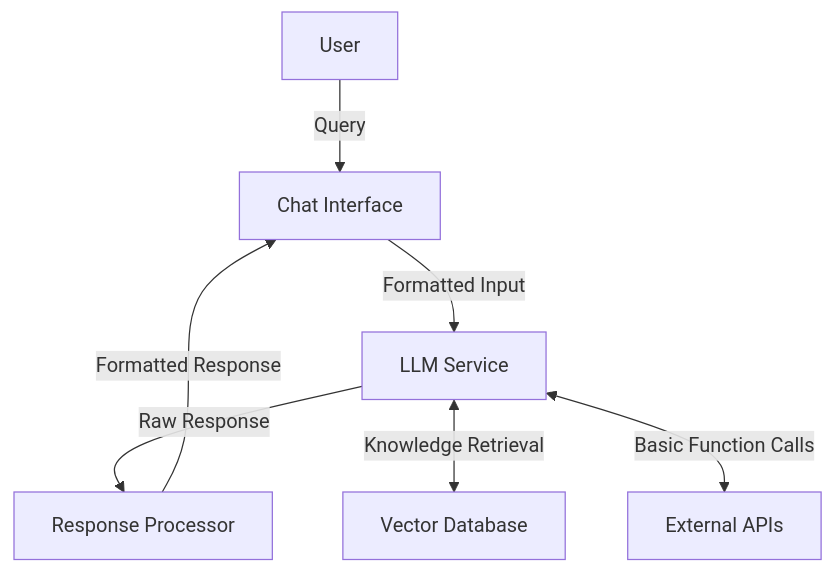
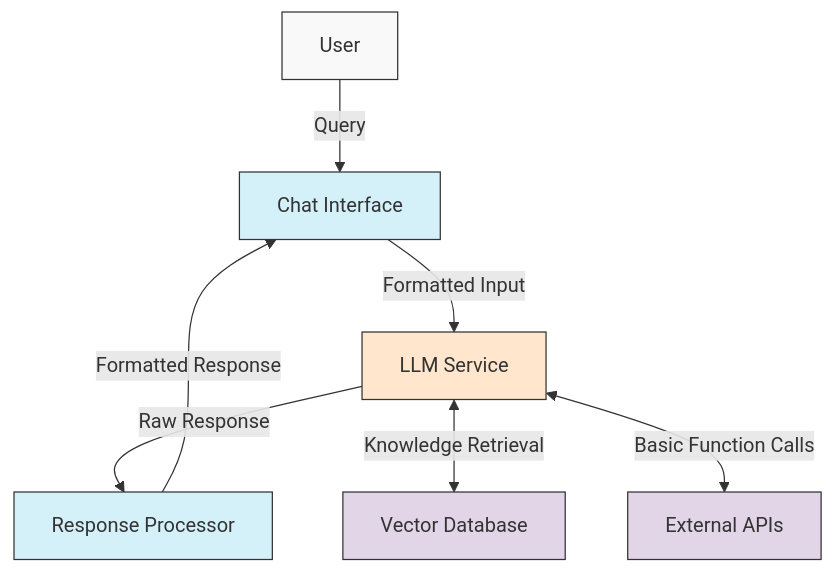
The third of 5 diagrams in README.md (scthornton/LLM-Architecture---Chatbots-vs-Copilots), drawn with Mermaid before and after one commit. The commit also changed other lines of this file, not shown here.

````diff
--- a/README.md
+++ b/README.md
@@ -102,9 +279,16 @@
 ```mermaid
-graph TD
+flowchart TD
     A[User] -->|Query| B[Chat Interface]
     B -->|Formatted Input| C[LLM Service]
     C -->|Raw Response| D[Response Processor]
     D -->|Formatted Response| B
     C <-->|Knowledge Retrieval| E[Vector Database]
     C <-->|Basic Function Calls| F[External APIs]
+    
+    style A fill:#f9f9f9,stroke:#333,stroke-width:1px
+    style B fill:#d4f1f9,stroke:#333,stroke-width:1px
+    style C fill:#ffe6cc,stroke:#333,stroke-width:1px
+    style D fill:#d4f1f9,stroke:#333,stroke-width:1px
+    style E fill:#e1d5e7,stroke:#333,stroke-width:1px
+    style F fill:#e1d5e7,stroke:#333,stroke-width:1px
 ```
````
